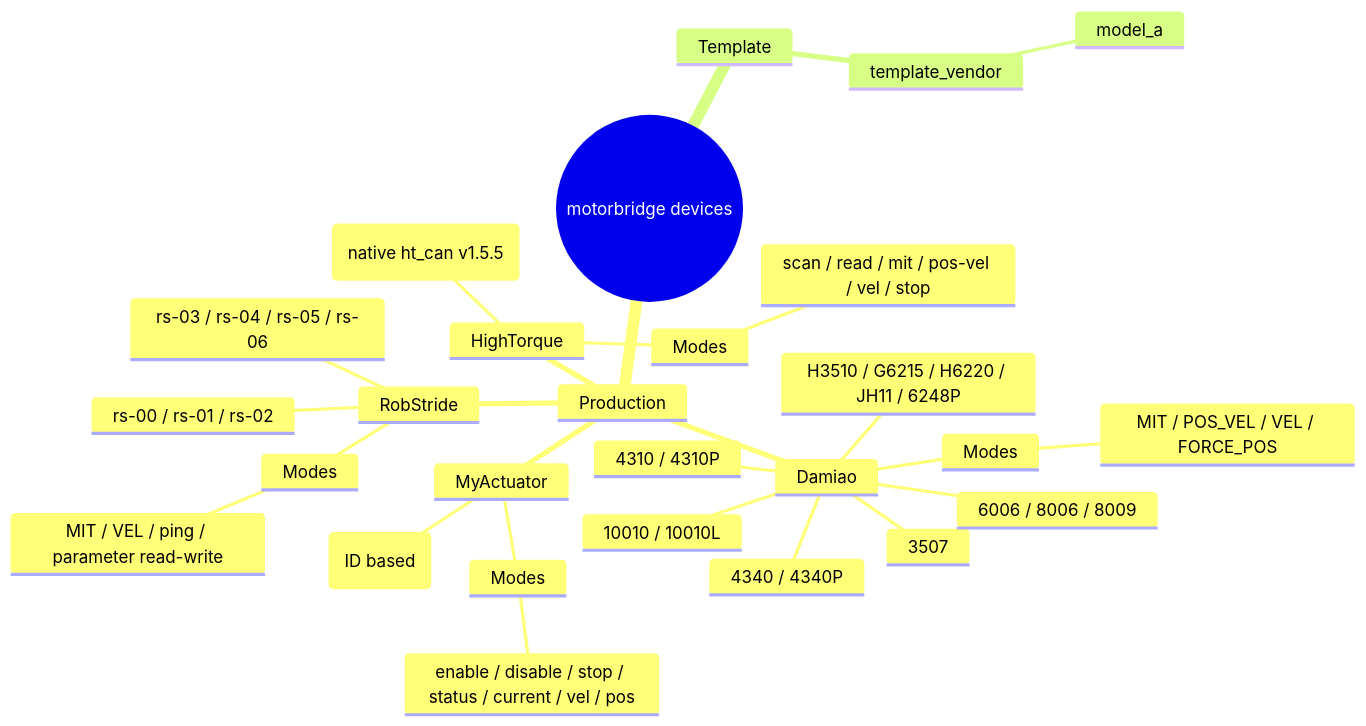
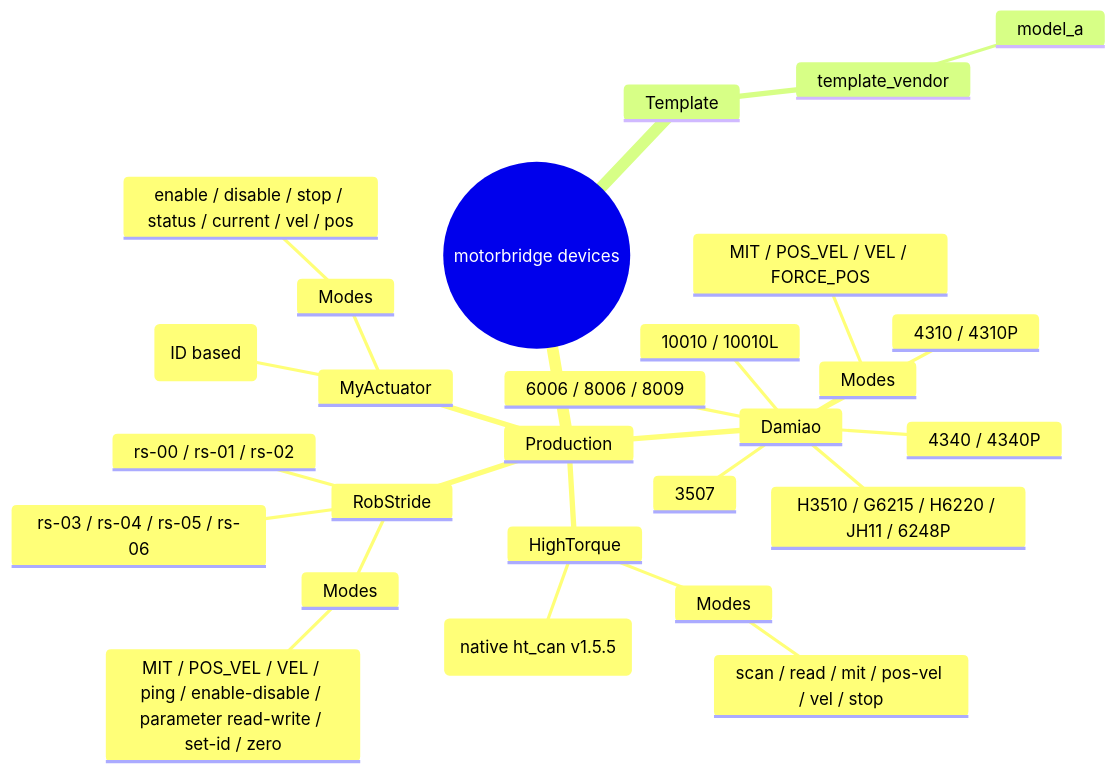
The diagram in docs/en/devices.md (tianrking/motorbridge), drawn with Mermaid before and after one commit. The commit also changed other lines of this file and 16 other files, not shown here.

Commit message:
robstride: align host-id/zero/id-set behavior and sync CLI+python docs

````diff
--- a/docs/en/devices.md
+++ b/docs/en/devices.md
@@ -15,30 +15,30 @@
 ```mermaid
 mindmap
   root((motorbridge devices))
     Production
       Damiao
         3507
         4310 / 4310P
         4340 / 4340P
         6006 / 8006 / 8009
         10010 / 10010L
         H3510 / G6215 / H6220 / JH11 / 6248P
         Modes
           MIT / POS_VEL / VEL / FORCE_POS
       RobStride
         rs-00 / rs-01 / rs-02
         rs-03 / rs-04 / rs-05 / rs-06
         Modes
-          MIT / VEL / ping / parameter read-write
+          MIT / POS_VEL / VEL / ping / enable-disable / parameter read-write / set-id / zero
       MyActuator
         X-series (ID based)
         Modes
           enable / disable / stop / status / current / vel / pos
       HighTorque
         hightorque (native ht_can v1.5.5)
         Modes
           scan / read / mit / pos-vel / vel / stop
     Template
       template_vendor
         model_a
 ```
````
